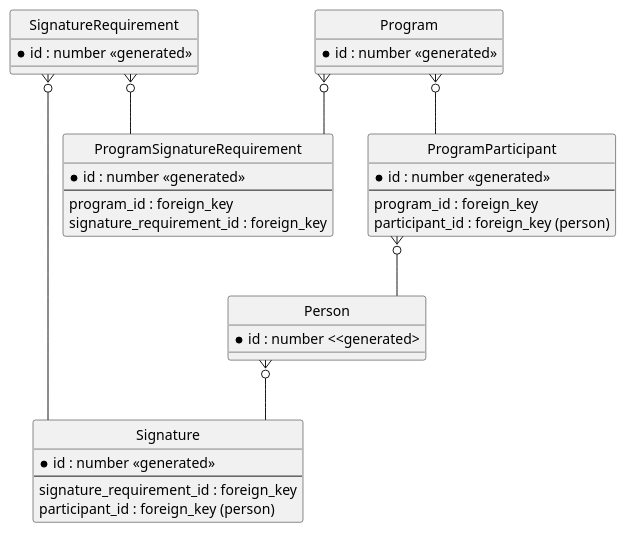
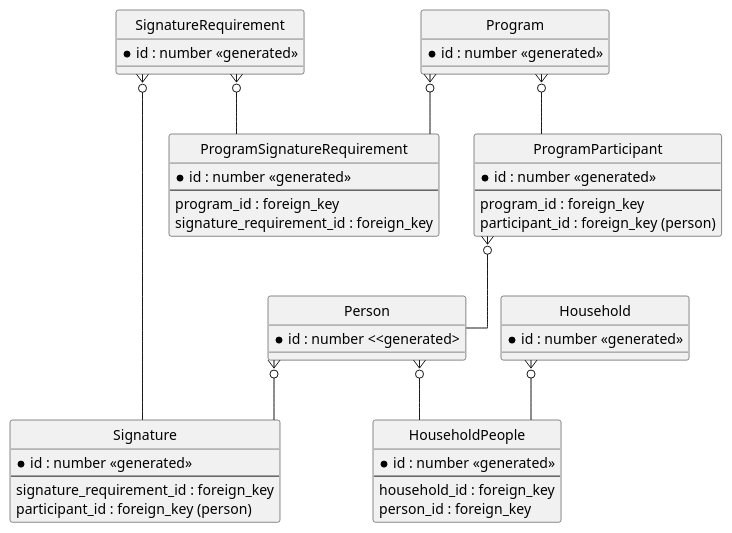
One commit to ylansegal/blog changed the diagram in src/_diagrams/community_erd_1.plantuml. Above: the diagram before and after it, drawn with PlantUML. The commit also changed 1 other file, not shown here.

```diff
--- a/src/_diagrams/community_erd_1.plantuml
+++ b/src/_diagrams/community_erd_1.plantuml
@@ -1,47 +1,60 @@
 @startuml
 
 hide circle
 
 skinparam linetype ortho
 
 entity "Person" as person {
   *id : number <<generated>
 }
 
 entity "Program" as program {
   *id : number <<generated>>
 }
 
 entity "ProgramParticipant" as program_participant {
   *id : number <<generated>>
   --
   program_id : foreign_key
   participant_id : foreign_key (person)
 }
 
 entity "SignatureRequirement" as signature_requirement {
   *id : number <<generated>>
 }
 
 entity "ProgramSignatureRequirement" as program_signature_requirement {
   *id : number <<generated>>
   --
   program_id : foreign_key
   signature_requirement_id : foreign_key
 }
 
 entity "Signature" as signature {
   *id : number <<generated>>
   --
   signature_requirement_id : foreign_key
   participant_id : foreign_key (person)
 }
 
+entity "Household" as household {
+  *id : number <<generated>>
+}
+
+entity "HouseholdPeople" as household_people {
+  *id : number <<generated>>
+  --
+  household_id : foreign_key
+  person_id : foreign_key
+}
+
 program }o-- program_participant
 program_participant }o-- person
 signature_requirement }o-- program_signature_requirement
 program }o-- program_signature_requirement
 signature_requirement }o-- signature
 person }o-- signature
+household }o-- household_people
+person }o-- household_people
 
 @enduml
```
